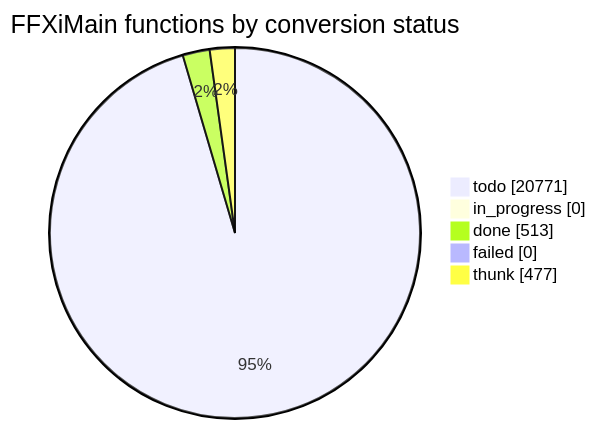
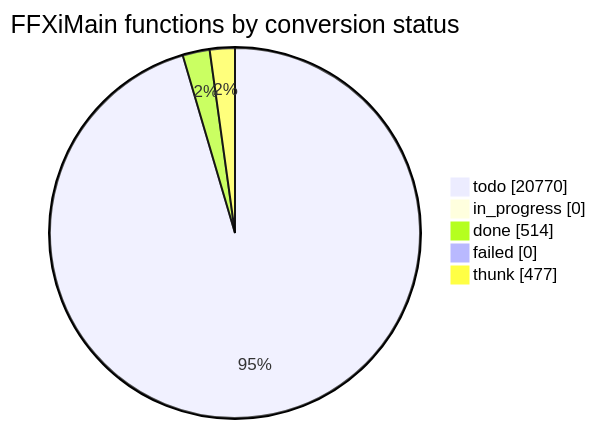
Before and after one commit to cowrevenge/cow_kuluu_xi_anything: the diagram in docs/cow/STATUS.md, drawn with Mermaid. The commit also changed other lines of this file and 9 other files, not shown here.

````diff
--- a/docs/cow/STATUS.md
+++ b/docs/cow/STATUS.md
@@ -18,9 +18,9 @@
 ```mermaid
 pie showData
     title FFXiMain functions by conversion status
-    "todo" : 20771
+    "todo" : 20770
     "in_progress" : 0
-    "done" : 513
+    "done" : 514
     "failed" : 0
     "thunk" : 477
 ```
````
